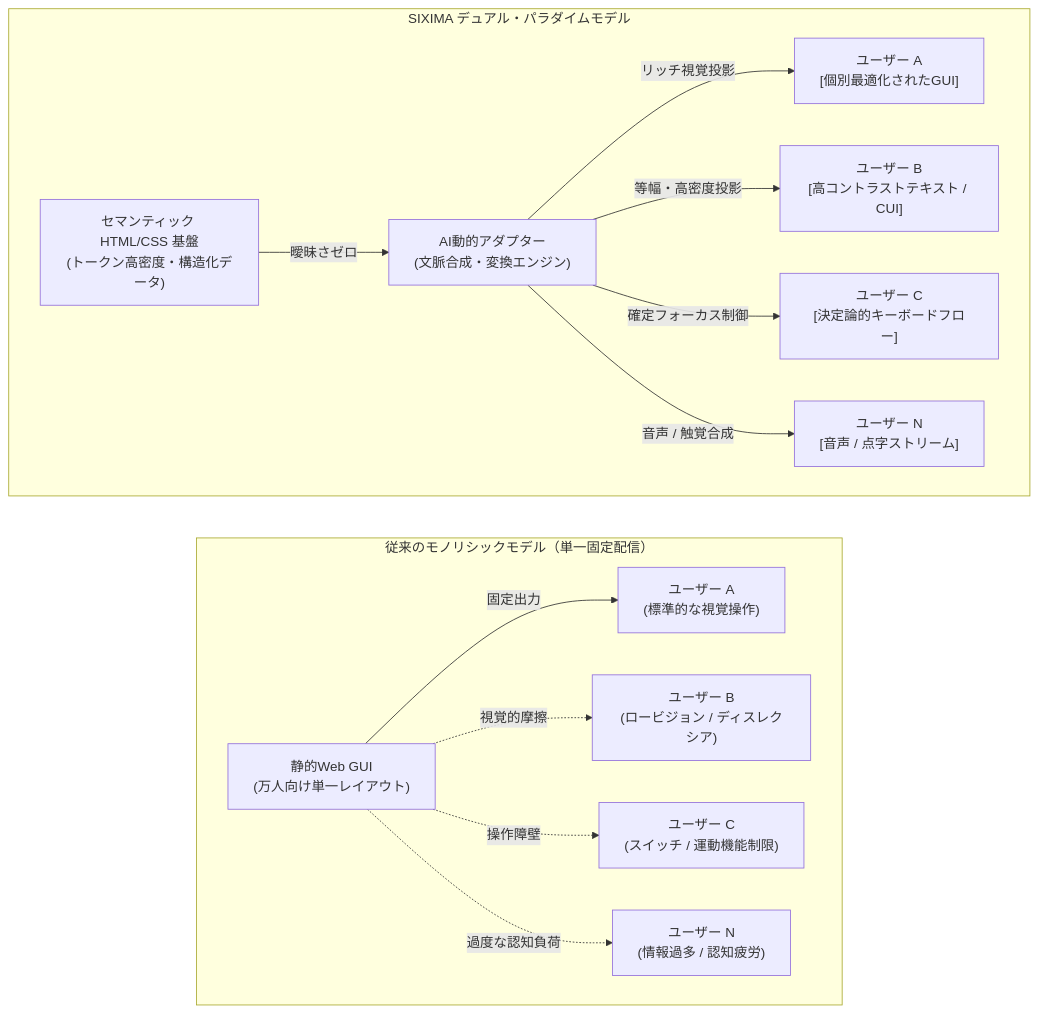
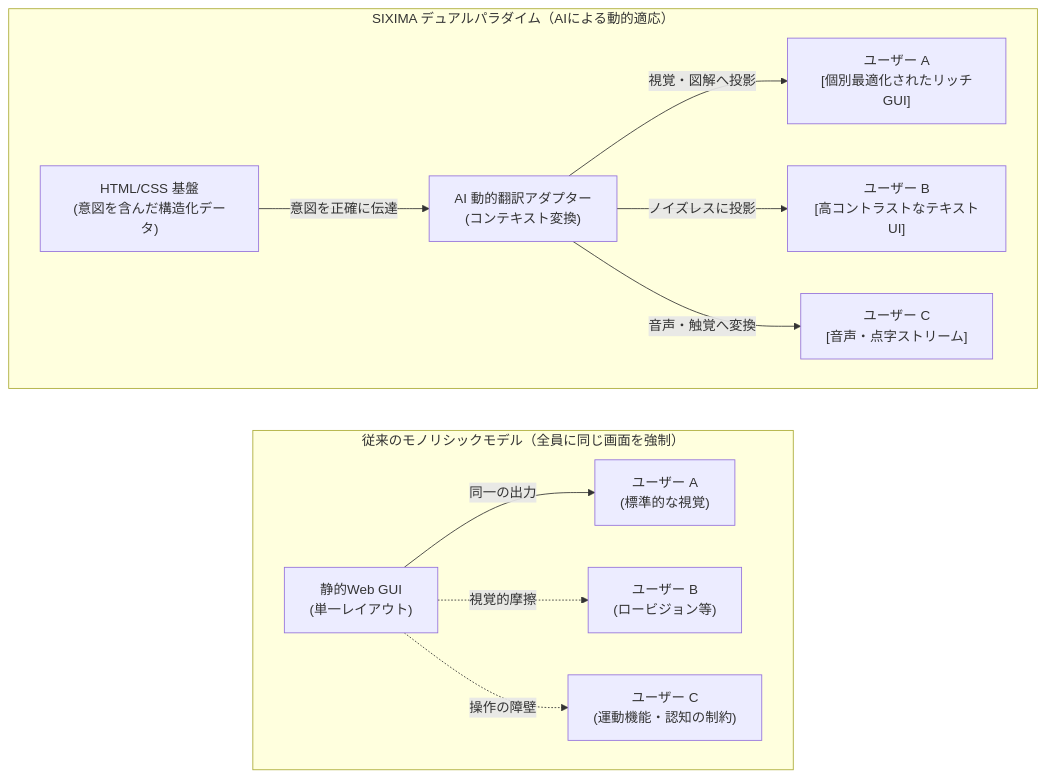
One commit to sixima-electric/sixima changed the first of 2 diagrams in README-jp.md. Above: the diagram before and after it, drawn with Mermaid. The commit also changed other lines of this file, not shown here.

````diff
--- a/README-jp.md
+++ b/README-jp.md
@@ -54,33 +49,29 @@
 ```mermaid
 flowchart LR
-    subgraph Conventional ["従来のモノリシックモデル（単一固定配信）"]
+    subgraph Conventional ["従来のモノリシックモデル（全員に同じ画面を強制）"]
         direction LR
-        D["静的Web GUI<br/>(万人向け単一レイアウト)"]
-        U1["ユーザー A<br/>(標準的な視覚操作)"]
-        U2["ユーザー B<br/>(ロービジョン / ディスレクシア)"]
-        U3["ユーザー C<br/>(スイッチ / 運動機能制限)"]
-        UN["ユーザー N<br/>(情報過多 / 認知疲労)"]
+        D["静的Web GUI<br/>(単一レイアウト)"]
+        U1["ユーザー A<br/>(標準的な視覚)"]
+        U2["ユーザー B<br/>(ロービジョン等)"]
+        U3["ユーザー C<br/>(運動機能・認知の制約)"]
 
-        D -->|固定出力| U1
+        D -->|同一の出力| U1
         D -.->|視覚的摩擦| U2
-        D -.->|操作障壁| U3
-        D -.->|過度な認知負荷| UN
+        D -.->|操作の障壁| U3
     end
 
-    subgraph Sixima ["SIXIMA デュアル・パラダイムモデル"]
+    subgraph Sixima ["SIXIMA デュアルパラダイム（AIによる動的適応）"]
         direction LR
-        B["セマンティック HTML/CSS 基盤<br/>(トークン高密度・構造化データ)"]
-        AI["AI動的アダプター<br/>(文脈合成・変換エンジン)"]
-        SU1["ユーザー A<br/>[個別最適化されたGUI]"]
-        SU2["ユーザー B<br/>[高コントラストテキスト / CUI]"]
-        SU3["ユーザー C<br/>[決定論的キーボードフロー]"]
-        SUN["ユーザー N<br/>[音声 / 点字ストリーム]"]
+        B["HTML/CSS 基盤<br/>(意図を含んだ構造化データ)"]
+        AI["AI 動的翻訳アダプター<br/>(コンテキスト変換)"]
+        SU1["ユーザー A<br/>[個別最適化されたリッチGUI]"]
+        SU2["ユーザー B<br/>[高コントラストなテキストUI]"]
+        SU3["ユーザー C<br/>[音声・点字ストリーム]"]
 
-        B -->|曖昧さゼロ| AI
-        AI -->|リッチ視覚投影| SU1
-        AI -->|等幅・高密度投影| SU2
-        AI -->|確定フォーカス制御| SU3
-        AI -->|音声 / 触覚合成| SUN
+        B -->|意図を正確に伝達| AI
+        AI -->|視覚・図解へ投影| SU1
+        AI -->|ノイズレスに投影| SU2
+        AI -->|音声・触覚へ変換| SU3
     end
 
 ```
````
